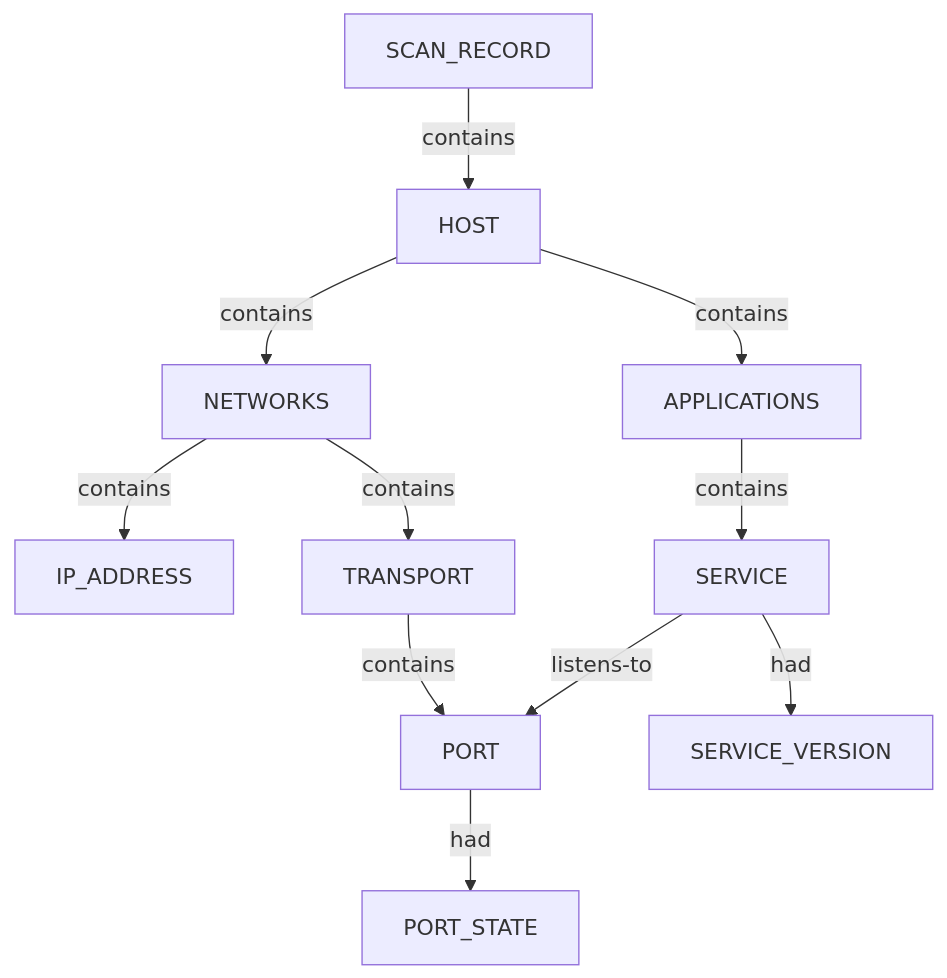
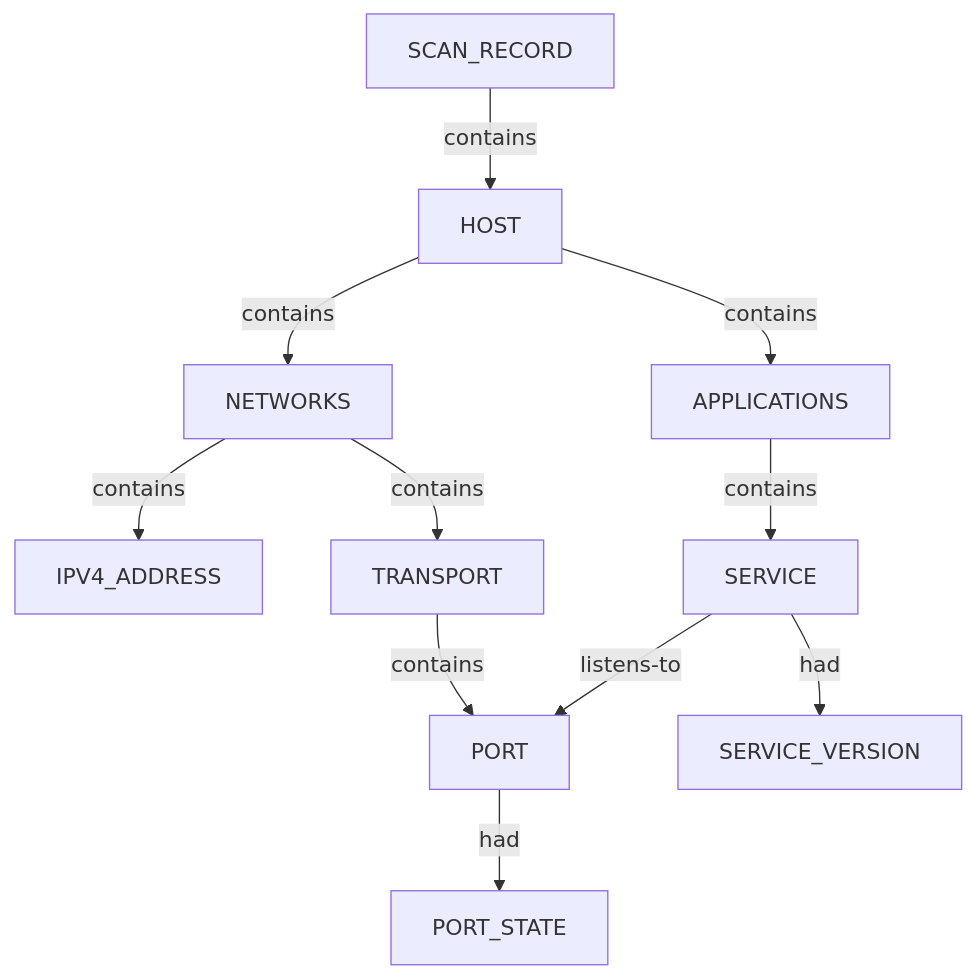
One commit to brettforbes/spiderfeet changed the third of 3 diagrams in modules_v2/content/nerva/graph_structure.md. Above: the diagram before and after it, drawn with Mermaid. The commit also changed other lines of this file and 170 other files, not shown here.

````diff
--- a/modules_v2/content/nerva/graph_structure.md
+++ b/modules_v2/content/nerva/graph_structure.md
@@ -62,23 +62,23 @@
 ```mermaid
 flowchart TD
   scan_record_1["SCAN_RECORD"]
   host_2["HOST"]
   networks_3["NETWORKS"]
-  ip_address_4["IP_ADDRESS"]
+  ip_address_4["IPV4_ADDRESS"]
   transport_5["TRANSPORT"]
   port_6["PORT"]
   port_state_7["PORT_STATE"]
   applications_8["APPLICATIONS"]
   service_9["SERVICE"]
   service_version_10["SERVICE_VERSION"]
   scan_record_1 -->|contains| host_2
   host_2 -->|contains| networks_3
   networks_3 -->|contains| ip_address_4
   networks_3 -->|contains| transport_5
   transport_5 -->|contains| port_6
   port_6 -->|had| port_state_7
   host_2 -->|contains| applications_8
   applications_8 -->|contains| service_9
   service_9 -->|listens-to| port_6
   service_9 -->|had| service_version_10
 ```
````
